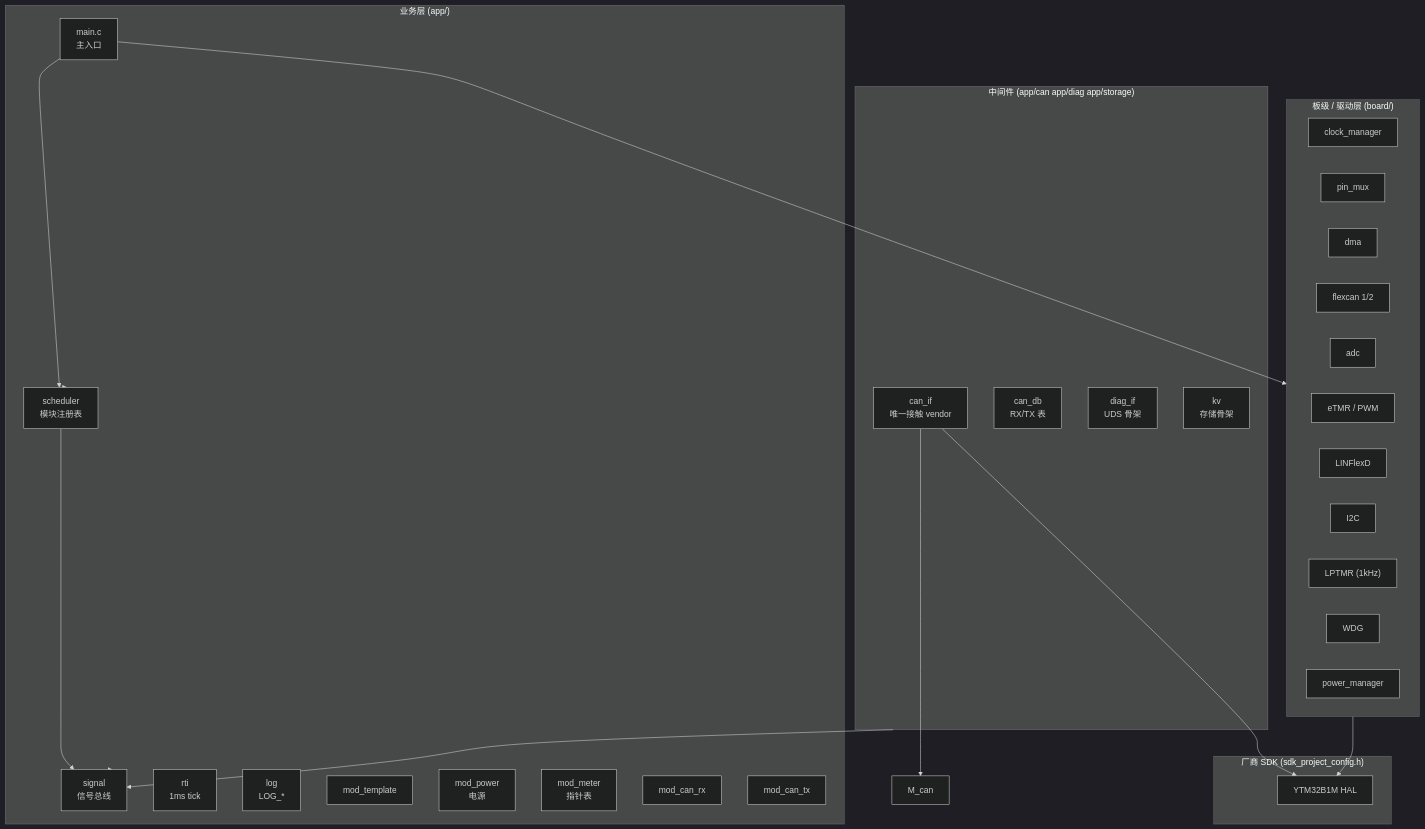
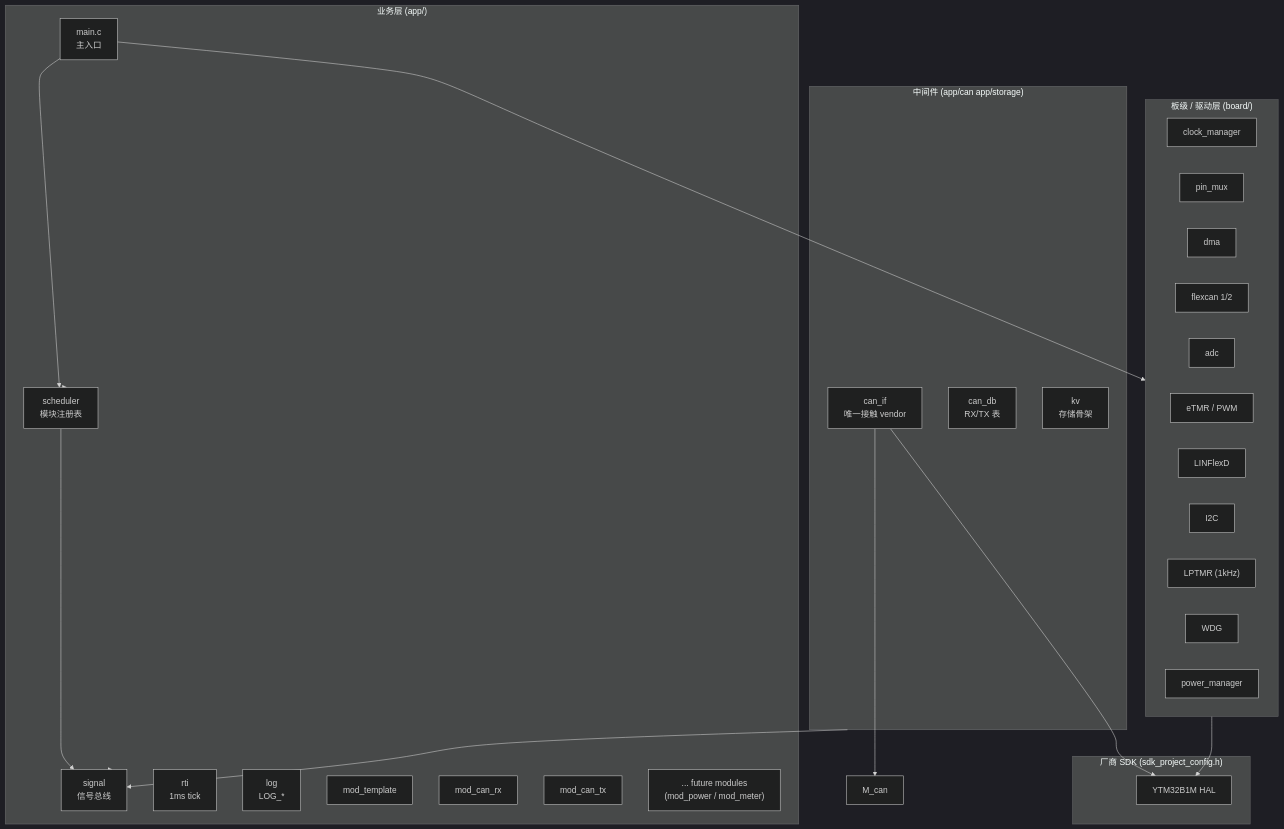
The first of 8 diagrams in docs/ARCHITECTURE_DIAGRAM.md (CC-GIT-MAX/GY-C02-B2), drawn with Mermaid (dark theme) before and after one commit. The commit also changed 4 other files, not shown here.

First line of the commit message:
docs: sync architecture documents to current source tree

````diff
--- a/docs/ARCHITECTURE_DIAGRAM.md
+++ b/docs/ARCHITECTURE_DIAGRAM.md
@@ -10,51 +10,49 @@
 ```mermaid
 flowchart TB
     subgraph APP["业务层 (app/)"]
         M_main["main.c<br/>主入口"]
         M_sched["scheduler<br/>模块注册表"]
         M_signal["signal<br/>信号总线"]
         M_rti["rti<br/>1ms tick"]
         M_log["log<br/>LOG_*"]
 
         M_template["mod_template"]
-        M_power["mod_power<br/>电源"]
-        M_meter["mod_meter<br/>指针表"]
         M_can_rx["mod_can_rx"]
         M_can_tx["mod_can_tx"]
+        M_reserved["... future modules<br/>(mod_power / mod_meter)"]
     end
 
-    subgraph MW["中间件 (app/can app/diag app/storage)"]
+    subgraph MW["中间件 (app/can app/storage)"]
         M_canif["can_if<br/>唯一接触 vendor"]
         M_candb["can_db<br/>RX/TX 表"]
-        M_diag["diag_if<br/>UDS 骨架"]
         M_kv["kv<br/>存储骨架"]
     end
 
     subgraph BSP["板级 / 驱动层 (board/)"]
         B_clock["clock_manager"]
         B_pin["pin_mux"]
         B_dma["dma"]
         B_can["flexcan 1/2"]
         B_adc["adc"]
         B_etmr["eTMR / PWM"]
         B_lpuart["LINFlexD"]
         B_i2c["I2C"]
         B_lptmr["LPTMR (1kHz)"]
         B_wdg["WDG"]
         B_pwr["power_manager"]
     end
 
     subgraph SDK["厂商 SDK (sdk_project_config.h)"]
         SDK_core["YTM32B1M HAL"]
     end
 
     M_main --> BSP
     M_main --> M_sched
     M_sched --> APP
     M_sched --> M_signal
     APP --> M_signal
     MW --> M_signal
     M_canif --> M_can
     M_canif --> SDK_core
     BSP --> SDK_core
 ```
````
